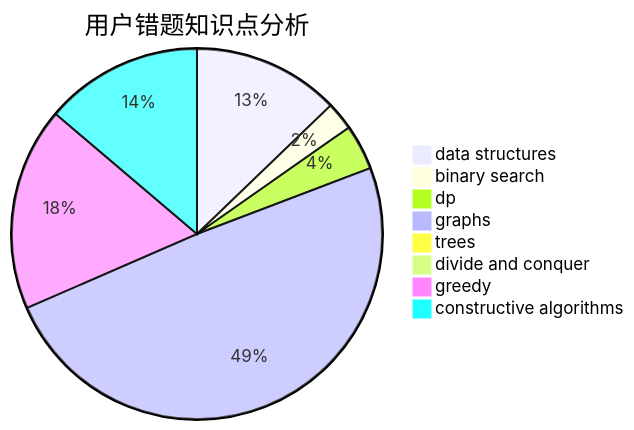
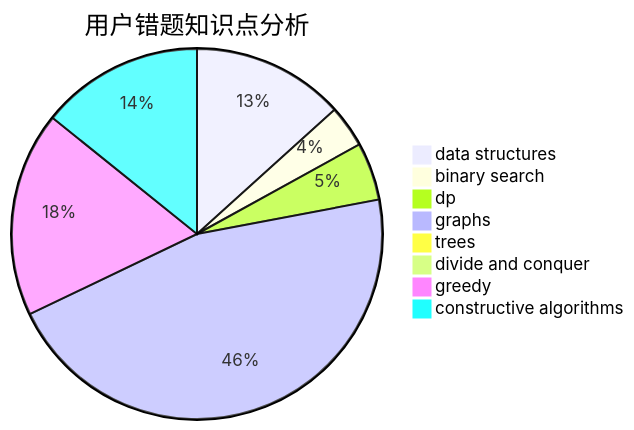
Before and after one commit to sherpahu/cfrs.github.io: the third of 3 diagrams in docs/user/u1531.md, drawn with Mermaid. The commit also changed other lines of this file and 2770 other files, not shown here.

````diff
--- a/docs/user/u1531.md
+++ b/docs/user/u1531.md
@@ -36,11 +36,11 @@
 ```mermaid
 pie title 用户错题知识点分析
-    "data structures" :  26
-    "binary search" :  5
-    "dp" :  8
+    "data structures" :  29
+    "binary search" :  8
+    "dp" :  11
     "graphs" :  100
     "trees" :  0
     "divide and conquer" :  0
-    "greedy" :  36
-    "constructive algorithms" :  28
+    "greedy" :  39
+    "constructive algorithms" :  31
 ```
````
